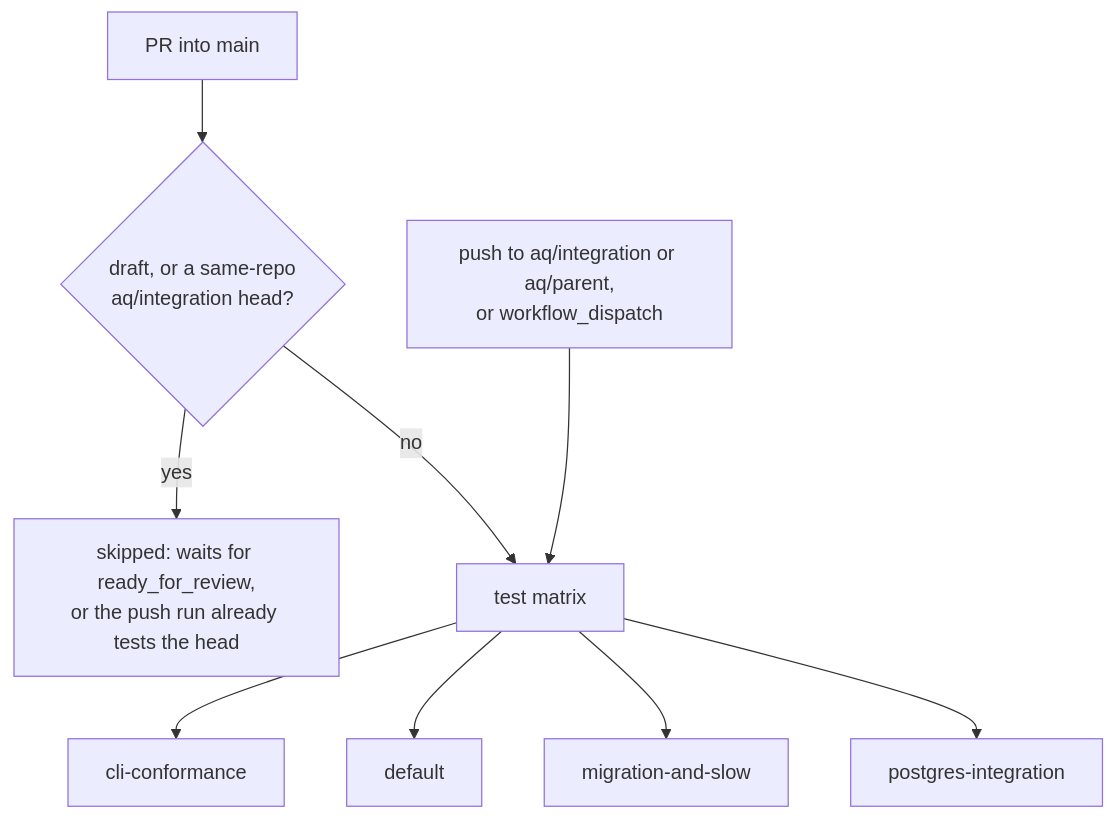
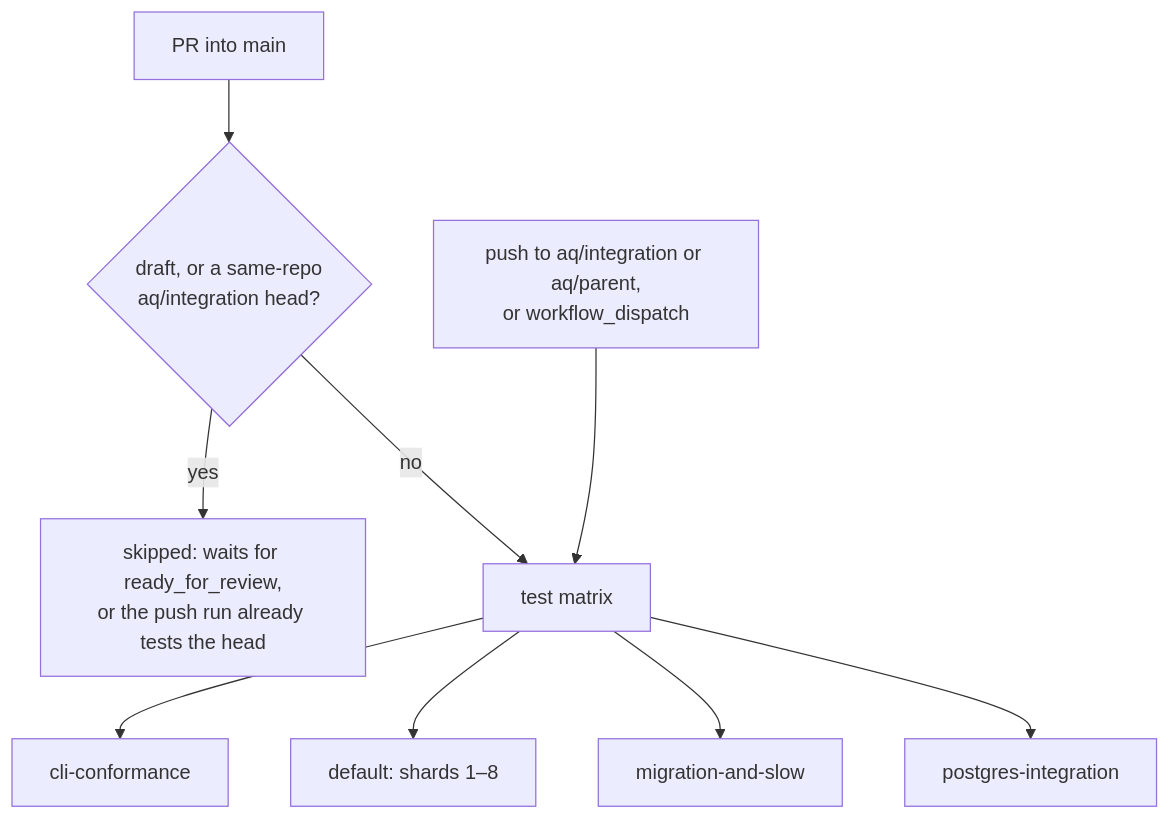
Before and after one commit to ElectricJack/agent-queue: the diagram in docs/contributing/ci.md, drawn with Mermaid. The commit also changed other lines of this file and 7 other files, not shown here.

Commit message:
ci: balance default test suite across eight shards

````diff
--- a/docs/contributing/ci.md
+++ b/docs/contributing/ci.md
@@ -49,11 +49,11 @@
 ```mermaid
 flowchart TD
     A[PR into main] --> S{draft, or a same-repo<br/>aq/integration head?}
     S -->|yes| D[skipped: waits for ready_for_review,<br/>or the push run already tests the head]
     S -->|no| C[test matrix]
     B[push to aq/integration or aq/parent,<br/>or workflow_dispatch] --> C
     C --> E[cli-conformance]
-    C --> F[default]
+    C --> F[default: shards 1–8]
     C --> G[migration-and-slow]
     C --> H[postgres-integration]
 ```
````
